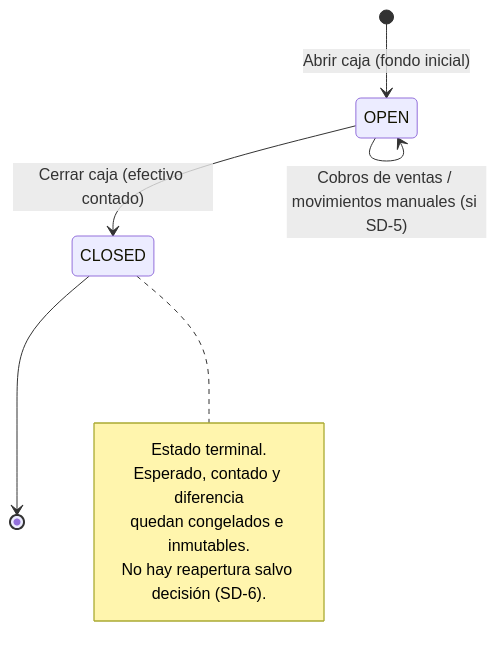
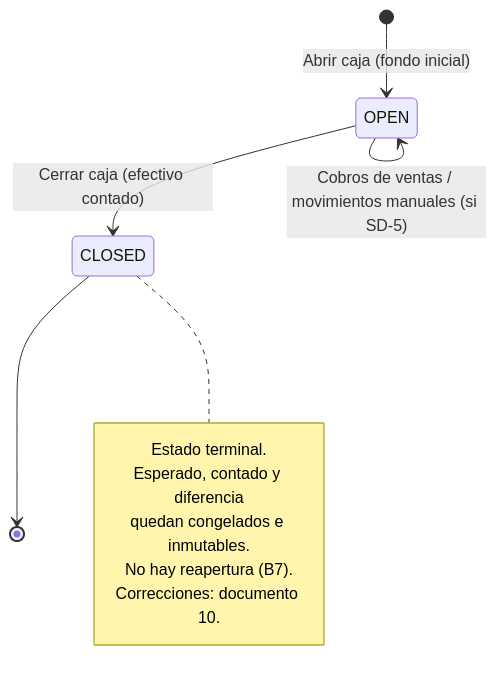
The first of 6 diagrams in docs/propuestas/fase-2-ventas/02-diseno-funcional-caja.md (OswaldoKoller/JoyeriaSole), drawn with Mermaid before and after one commit. The commit also changed other lines of this file and 13 other files, not shown here.

````diff
--- a/docs/propuestas/fase-2-ventas/02-diseno-funcional-caja.md
+++ b/docs/propuestas/fase-2-ventas/02-diseno-funcional-caja.md
@@ -115,13 +131,14 @@
 ```mermaid
 stateDiagram-v2
     [*] --> OPEN: Abrir caja (fondo inicial)
     OPEN --> OPEN: Cobros de ventas / movimientos manuales (si SD-5)
     OPEN --> CLOSED: Cerrar caja (efectivo contado)
     CLOSED --> [*]
     note right of CLOSED
         Estado terminal.
         Esperado, contado y diferencia
         quedan congelados e inmutables.
-        No hay reapertura salvo decisión (SD-6).
+        No hay reapertura (B7).
+        Correcciones: documento 10.
     end note
 ```
````
